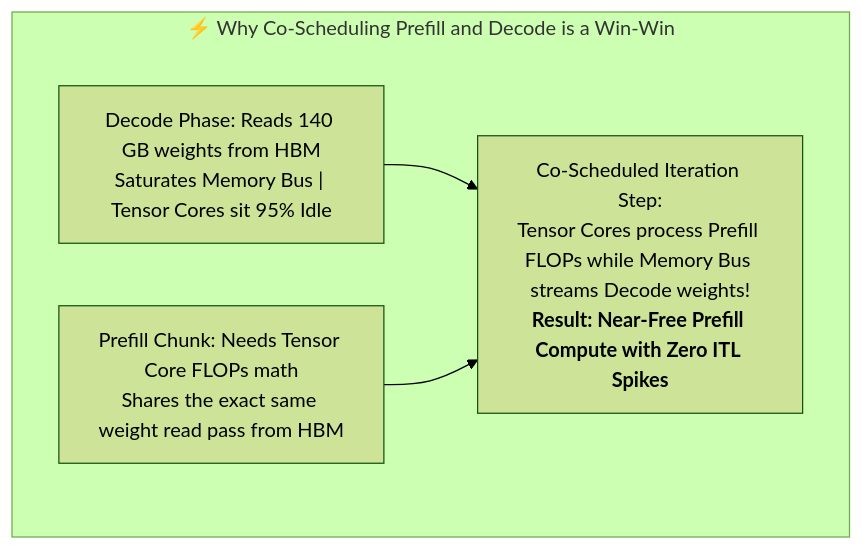
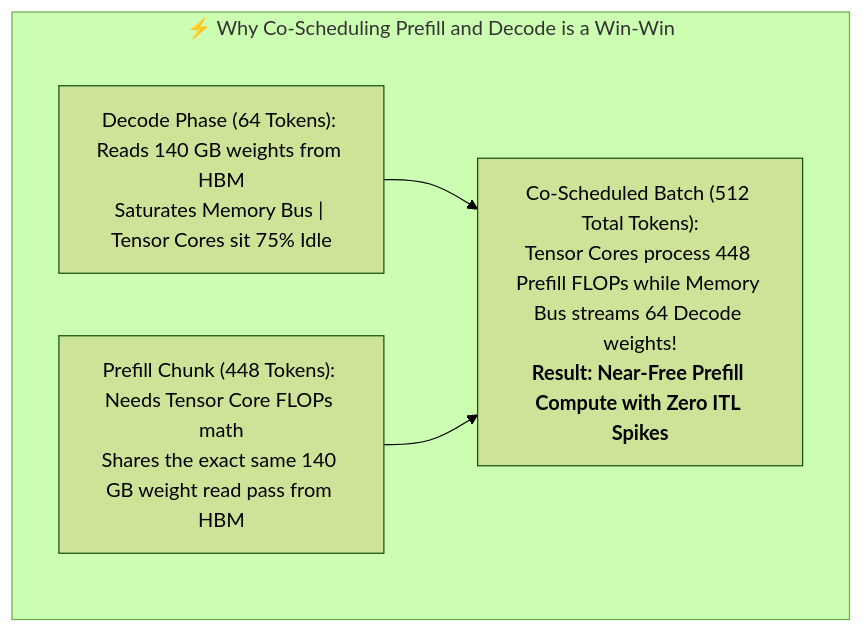
The fourth of 11 diagrams in docs/en/03_performance_and_quality.md (Marinette101/vllm-learning-notes), drawn with Mermaid (forest theme) before and after one commit. The commit also changed other lines of this file, not shown here.

Commit message:
Enhance Section 2.4.3 with explicit arithmetic intensity proof (512 vs 64 FLOPs/Byte) for Prefill vs Decode co-scheduling

````diff
--- a/docs/en/03_performance_and_quality.md
+++ b/docs/en/03_performance_and_quality.md
@@ -246,9 +264,9 @@
 ```mermaid
 flowchart TD
     subgraph DECODE_BENEFIT ["⚡ Why Co-Scheduling Prefill and Decode is a Win-Win"]
-        D_IDLE["Decode Phase: Reads 140 GB weights from HBM<br>Saturates Memory Bus | Tensor Cores sit 95% Idle"]
-        P_COMP["Prefill Chunk: Needs Tensor Core FLOPs math<br>Shares the exact same weight read pass from HBM"]
+        D_IDLE["Decode Phase (64 Tokens): Reads 140 GB weights from HBM<br>Saturates Memory Bus | Tensor Cores sit 75% Idle"]
+        P_COMP["Prefill Chunk (448 Tokens): Needs Tensor Core FLOPs math<br>Shares the exact same 140 GB weight read pass from HBM"]
         
-        D_IDLE & P_COMP --> FUSED["Co-Scheduled Iteration Step:<br>Tensor Cores process Prefill FLOPs while Memory Bus streams Decode weights!<br><b>Result: Near-Free Prefill Compute with Zero ITL Spikes</b>"]
+        D_IDLE & P_COMP --> FUSED["Co-Scheduled Batch (512 Total Tokens):<br>Tensor Cores process 448 Prefill FLOPs while Memory Bus streams 64 Decode weights!<br><b>Result: Near-Free Prefill Compute with Zero ITL Spikes</b>"]
     end
 ```
````
